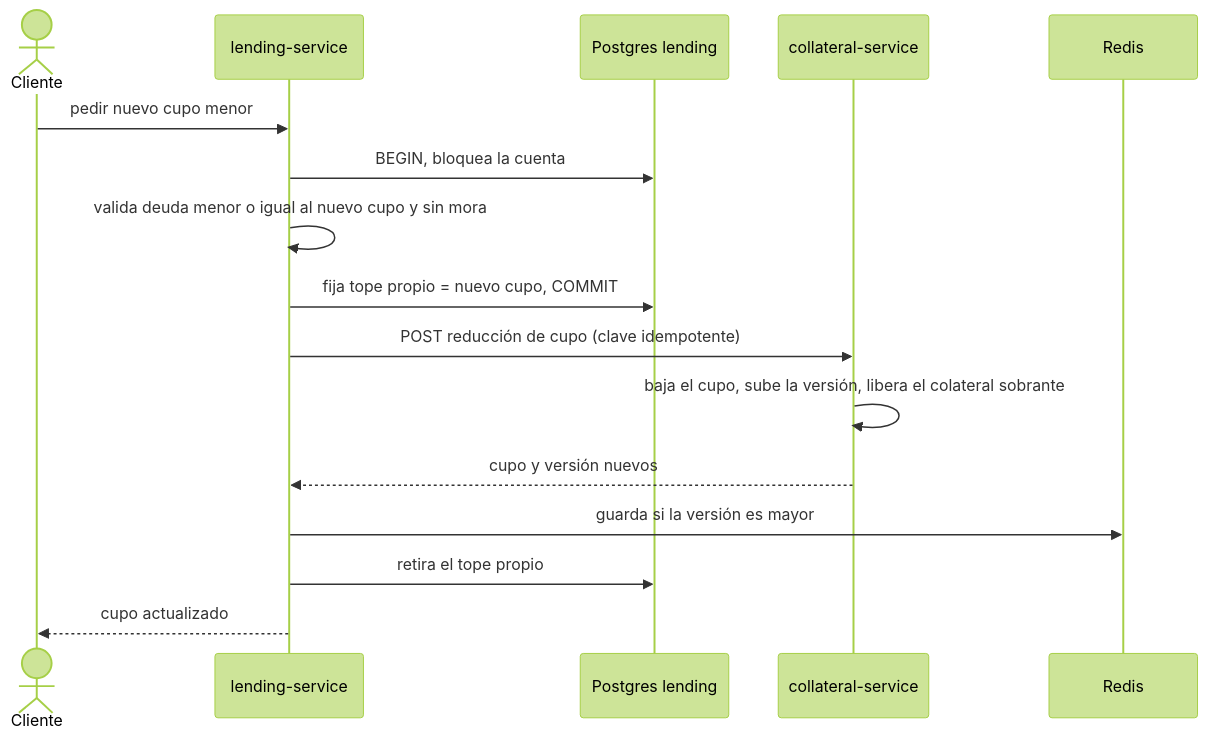
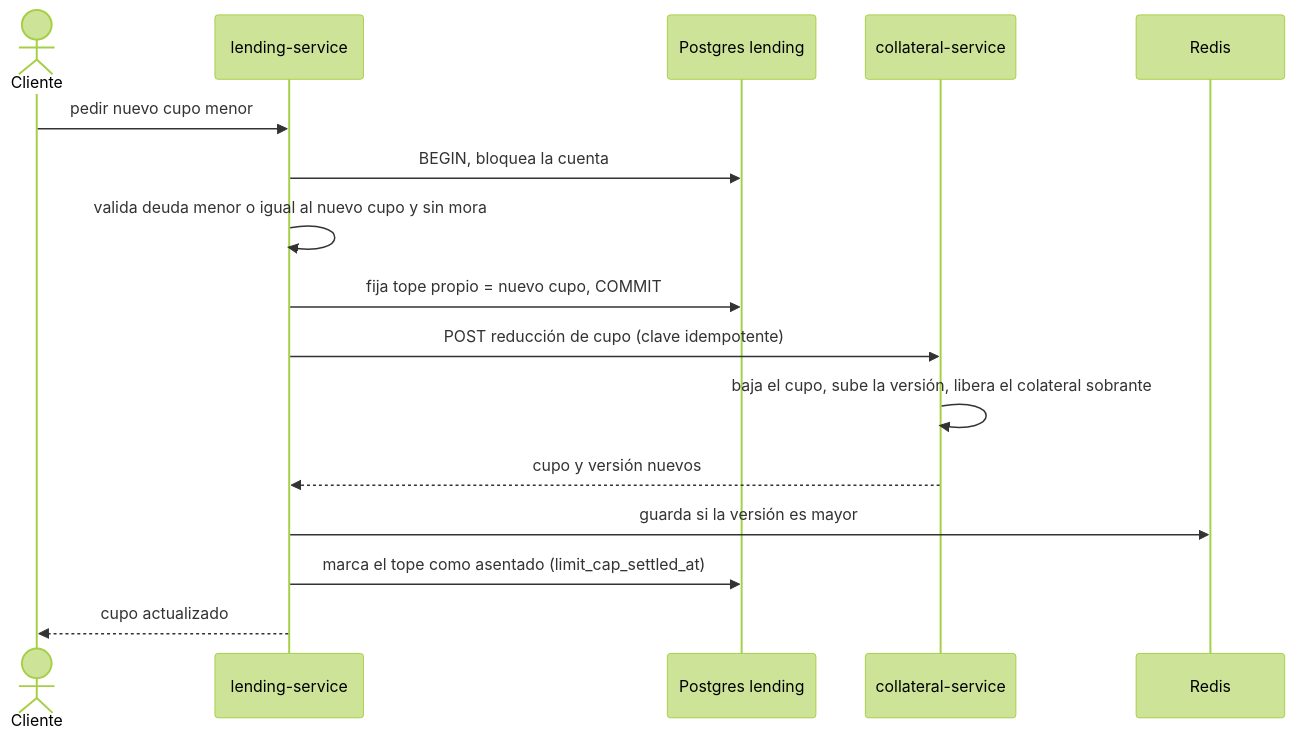
Before and after one commit to jbarcosdev/acme-credit-backend: the seventh of 7 diagrams in docs/flows.md, drawn with Mermaid (forest theme). The commit also changed other lines of this file and 10 other files, not shown here.

Commit message:
docs: README, architecture decisions, updated design docs and exported prompts

````diff
--- a/docs/flows.md
+++ b/docs/flows.md
@@ -161,19 +161,19 @@
 ```mermaid
 sequenceDiagram
     actor C as Cliente
     participant L as lending-service
     participant DB as Postgres lending
     participant Col as collateral-service
     participant R as Redis
 
     C->>L: pedir nuevo cupo menor
     L->>DB: BEGIN, bloquea la cuenta
     L->>L: valida deuda menor o igual al nuevo cupo y sin mora
     L->>DB: fija tope propio = nuevo cupo, COMMIT
     L->>Col: POST reducción de cupo (clave idempotente)
     Col->>Col: baja el cupo, sube la versión, libera el colateral sobrante
     Col-->>L: cupo y versión nuevos
     L->>R: guarda si la versión es mayor
-    L->>DB: retira el tope propio
+    L->>DB: marca el tope como asentado (limit_cap_settled_at)
     L-->>C: cupo actualizado
 ```
````
